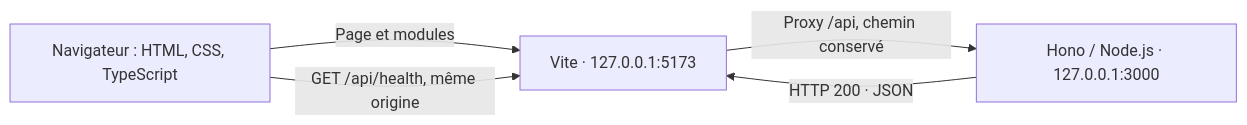
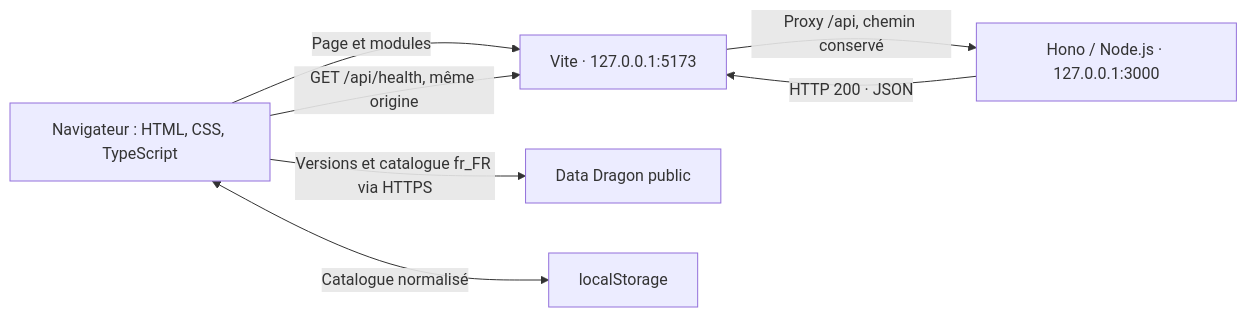
Before and after one commit to Braoux/LaneLens: the diagram in docs/architecture.md, drawn with Mermaid. The commit also changed other lines of this file and 10 other files, not shown here.

First line of the commit message:
LAN-002 charger et mettre en cache le catalogue Data Dragon

````diff
--- a/docs/architecture.md
+++ b/docs/architecture.md
@@ -14,7 +15,9 @@
 ```mermaid
 flowchart LR
     B["Navigateur : HTML, CSS, TypeScript"] -->|"Page et modules"| V["Vite · 127.0.0.1:5173"]
     B -->|"GET /api/health, même origine"| V
     V -->|"Proxy /api, chemin conservé"| H["Hono / Node.js · 127.0.0.1:3000"]
     H -->|"HTTP 200 · JSON"| V
+    B -->|"Versions et catalogue fr_FR via HTTPS"| D["Data Dragon public"]
+    B <-->|"Catalogue normalisé"| L["localStorage"]
 ```
````
